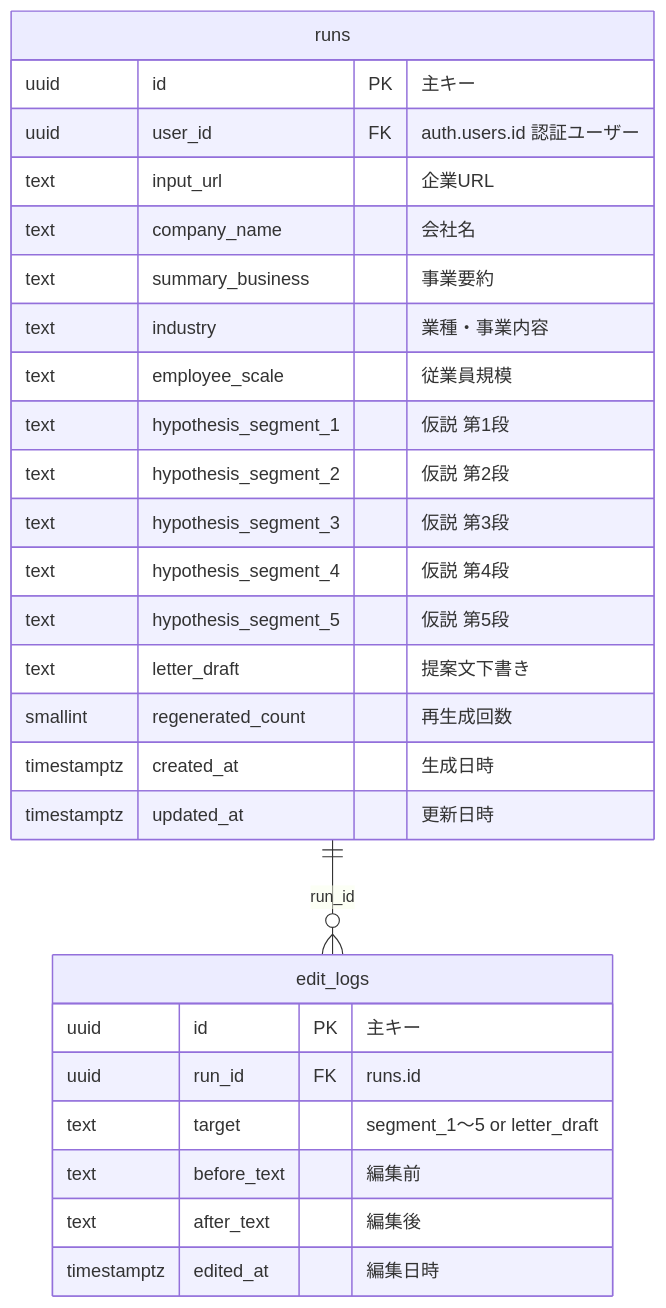
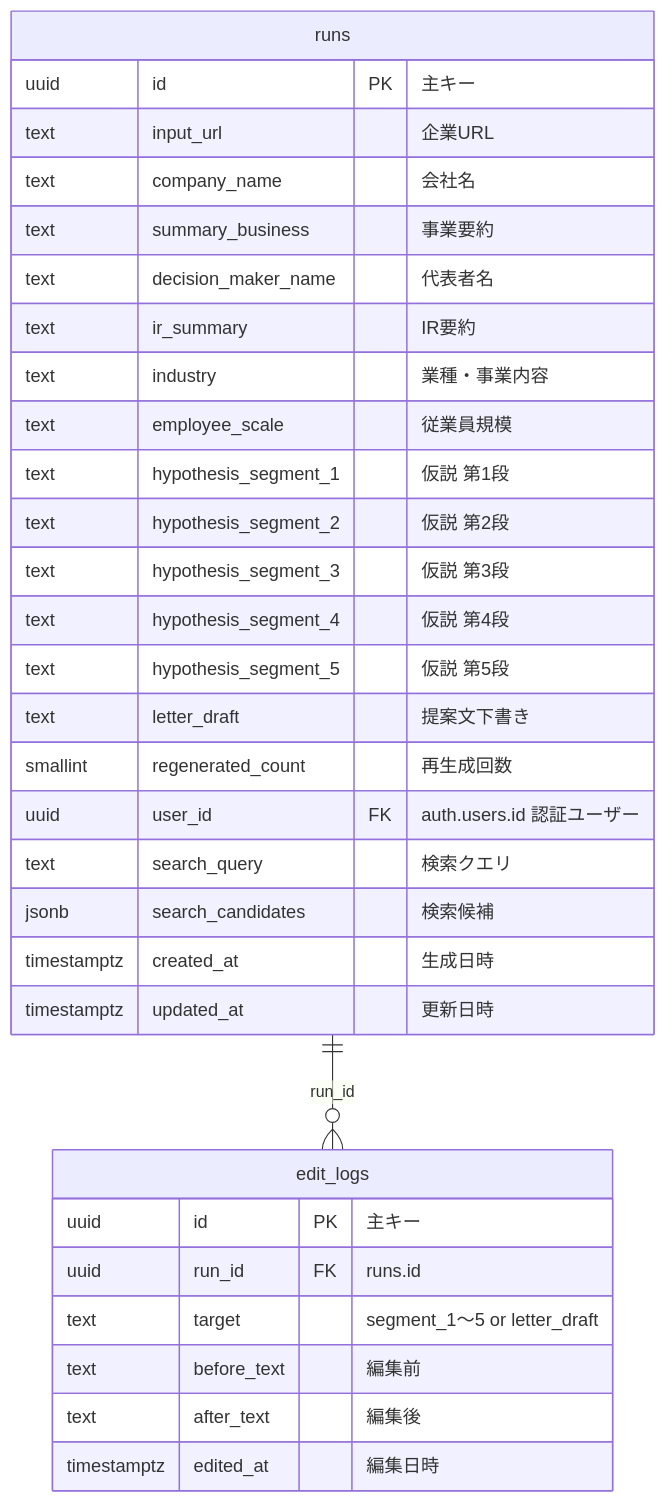
The second of 2 diagrams in README.md (Kamon-Tahara-504/HypoFrame), drawn with Mermaid before and after one commit. The commit also changed other lines of this file and 11 other files, not shown here.

````diff
--- a/README.md
+++ b/README.md
@@ -101,30 +119,34 @@
 ```mermaid
 erDiagram
     runs ||--o{ edit_logs : "run_id"
     runs {
         uuid id PK "主キー"
-        uuid user_id FK "auth.users.id 認証ユーザー"
         text input_url "企業URL"
         text company_name "会社名"
         text summary_business "事業要約"
+        text decision_maker_name "代表者名"
+        text ir_summary "IR要約"
         text industry "業種・事業内容"
         text employee_scale "従業員規模"
         text hypothesis_segment_1 "仮説 第1段"
         text hypothesis_segment_2 "仮説 第2段"
         text hypothesis_segment_3 "仮説 第3段"
         text hypothesis_segment_4 "仮説 第4段"
         text hypothesis_segment_5 "仮説 第5段"
         text letter_draft "提案文下書き"
         smallint regenerated_count "再生成回数"
+        uuid user_id FK "auth.users.id 認証ユーザー"
+        text search_query "検索クエリ"
+        jsonb search_candidates "検索候補"
         timestamptz created_at "生成日時"
         timestamptz updated_at "更新日時"
     }
     edit_logs {
         uuid id PK "主キー"
         uuid run_id FK "runs.id"
         text target "segment_1〜5 or letter_draft"
         text before_text "編集前"
         text after_text "編集後"
         timestamptz edited_at "編集日時"
     }
 ```
````
